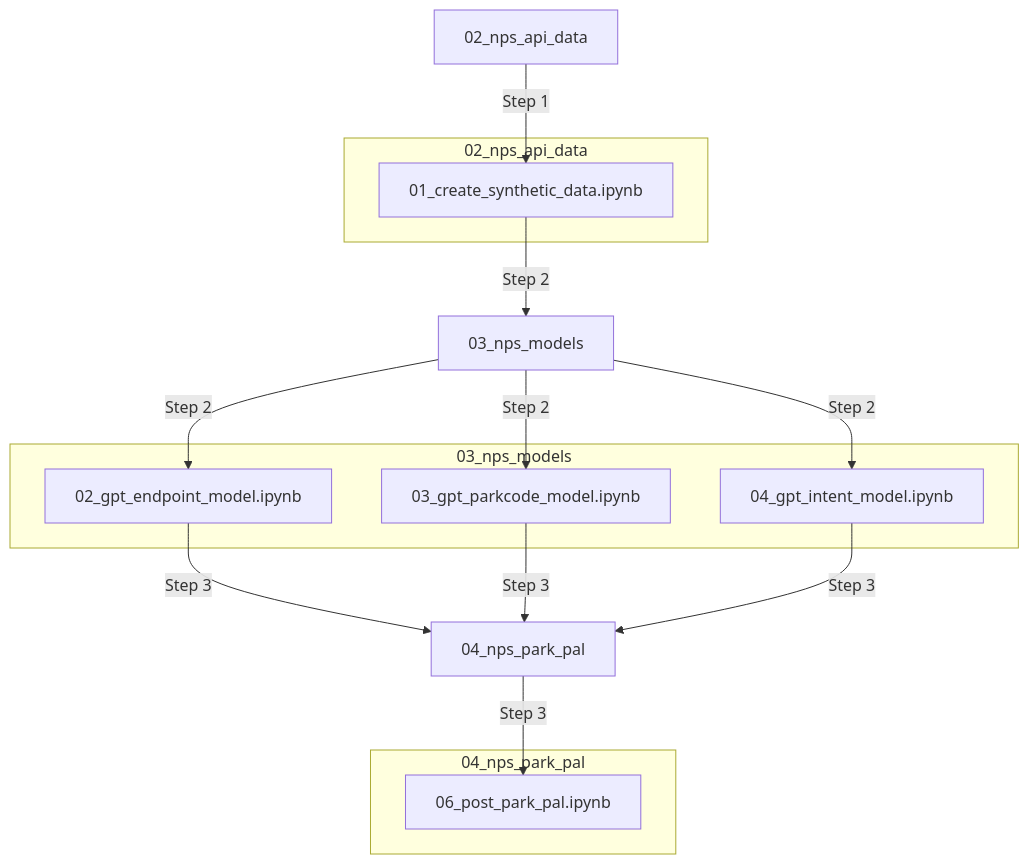
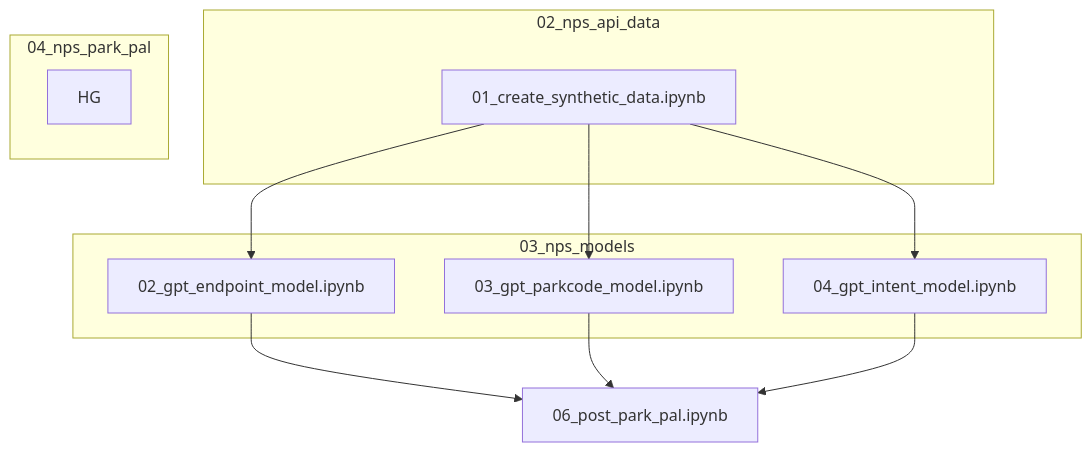
One commit to nblakkanesser/MADS_Capstone changed the diagram in README.md. Above: the diagram before and after it, drawn with Mermaid.

Commit message:
Mermaid update to readme

````diff
--- a/README.md
+++ b/README.md
@@ -48,26 +48,26 @@
 ```mermaid
 flowchart TD
-    A[02_nps_api_data] -->|Step 1| B[01_create_synthetic_data.ipynb]
-    B -->|Step 2| C[03_nps_models]
-    C -->|Step 2| D[02_gpt_endpoint_model.ipynb]
-    C -->|Step 2| E[03_gpt_parkcode_model.ipynb]
-    C -->|Step 2| F[04_gpt_intent_model.ipynb]
-    D -->|Step 3| G[04_nps_park_pal]
-    E -->|Step 3| G
-    F -->|Step 3| G
-    G -->|Step 3| H[06_post_park_pal.ipynb]
+    B[01_create_synthetic_data.ipynb]
+    B --> D[02_gpt_endpoint_model.ipynb]
+    B --> E[03_gpt_parkcode_model.ipynb]
+    B --> F[04_gpt_intent_model.ipynb]
+    G[06_post_park_pal.ipynb]
+    D --> G
+    E --> G
+    F --> G
+
 
     subgraph Folder1 [02_nps_api_data]
         B
     end
 
     subgraph Folder2 [03_nps_models]
         D
         E
         F
     end
 
     subgraph Folder3 [04_nps_park_pal]
-        H
+        HG
     end
 ```
````
